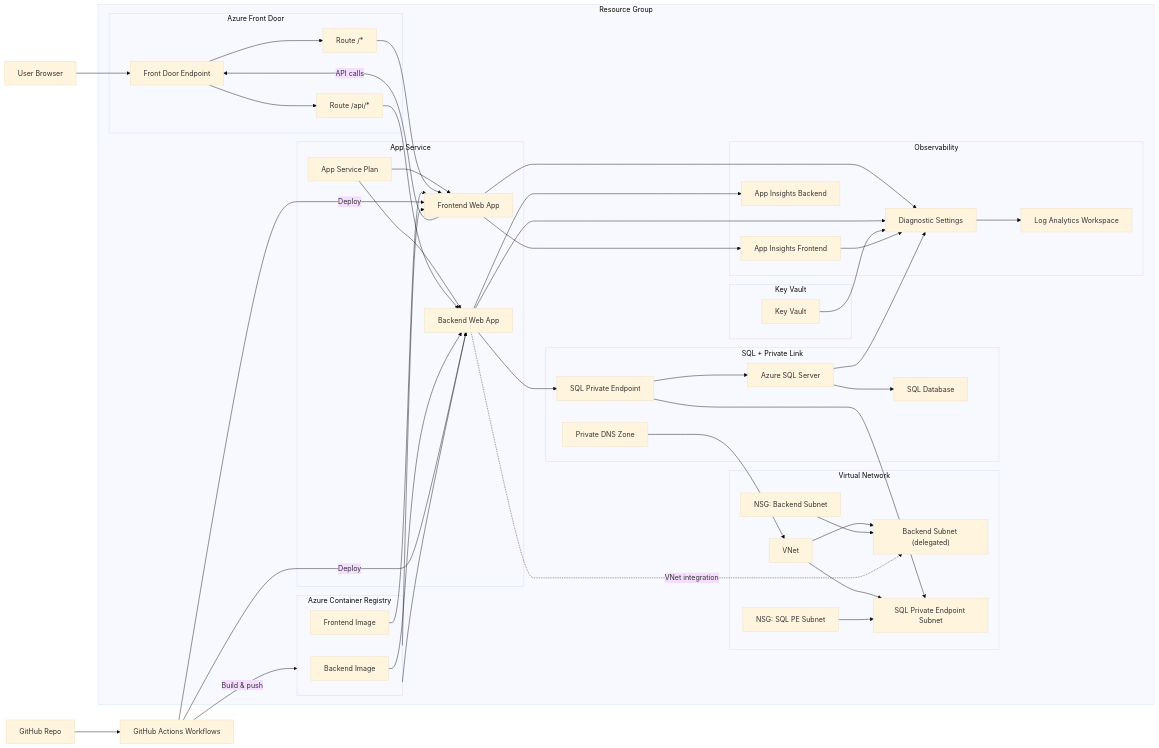
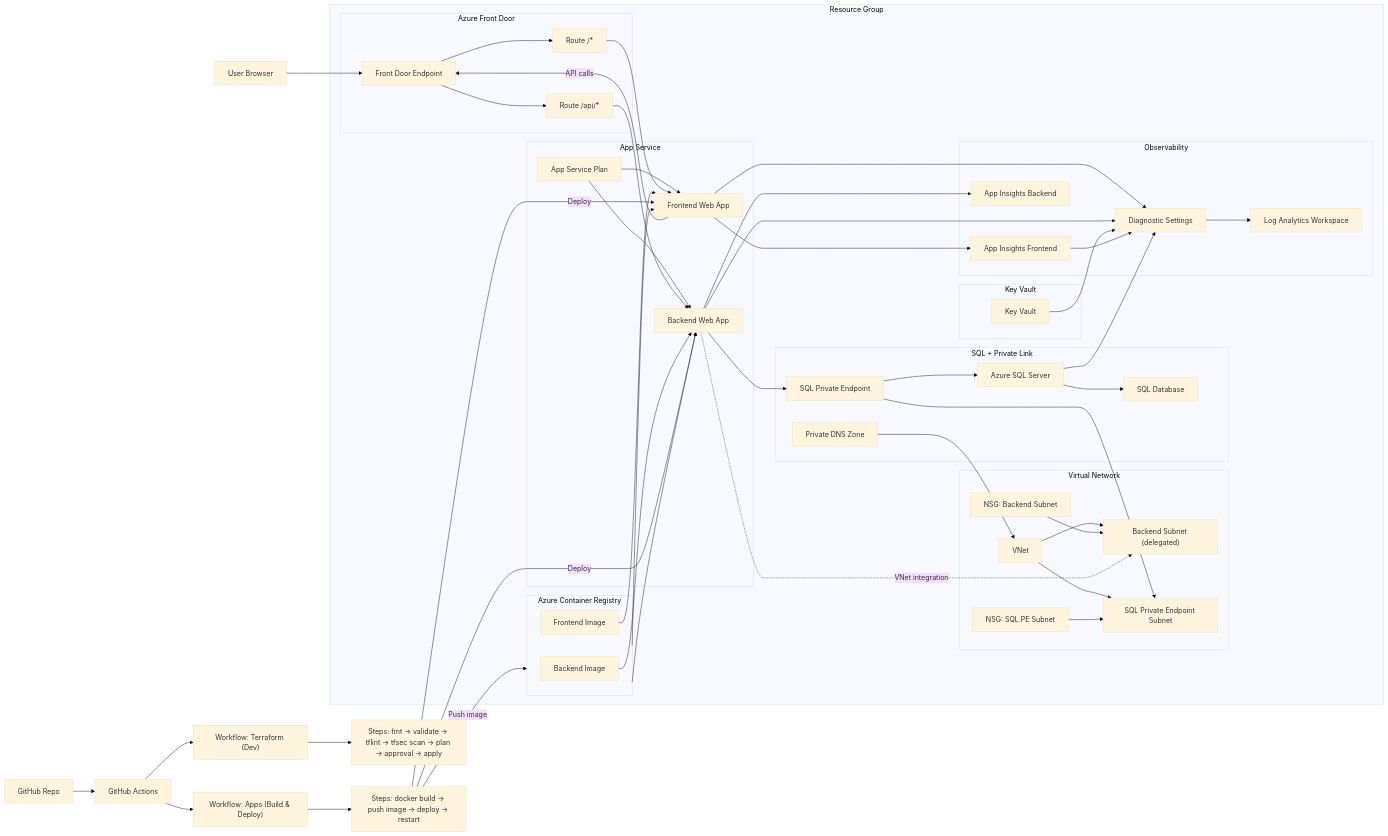
The diagram in docs/architecture.md (samsthomas/azure-3tier-project), drawn with Mermaid (base theme) before and after one commit.

Commit message:
more md updates

```diff
--- a/docs/architecture.md
+++ b/docs/architecture.md
@@ -6,7 +6,11 @@
 flowchart LR
     User[User Browser]
     GitHub[GitHub Repo]
-    Actions[GitHub Actions Workflows]
+    Actions[GitHub Actions]
+    TFWorkflow["Workflow: Terraform (Dev)"]
+    AppsWorkflow["Workflow: Apps (Build & Deploy)"]
+    TFSteps["Steps: fmt → validate → tflint → tfsec scan → plan → approval → apply"]
+    AppsSteps["Steps: docker build → push image → deploy → restart"]
 
     subgraph RG["Resource Group"]
         subgraph FD["Azure Front Door"]
@@ -79,9 +83,13 @@
     ACR --> BEApp
 
     GitHub --> Actions
-    Actions -->|Build & push| ACR
-    Actions -->|Deploy| FEApp
-    Actions -->|Deploy| BEApp
+    Actions --> TFWorkflow
+    Actions --> AppsWorkflow
+    TFWorkflow --> TFSteps
+    AppsWorkflow --> AppsSteps
+    AppsSteps -->|Push image| ACR
+    AppsSteps -->|Deploy| FEApp
+    AppsSteps -->|Deploy| BEApp
 
     FEApp --> AIFe
     BEApp --> AIBE
```
